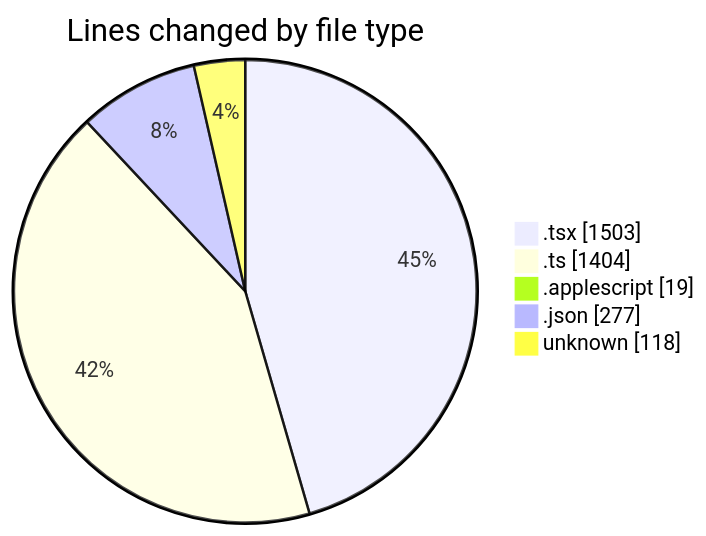
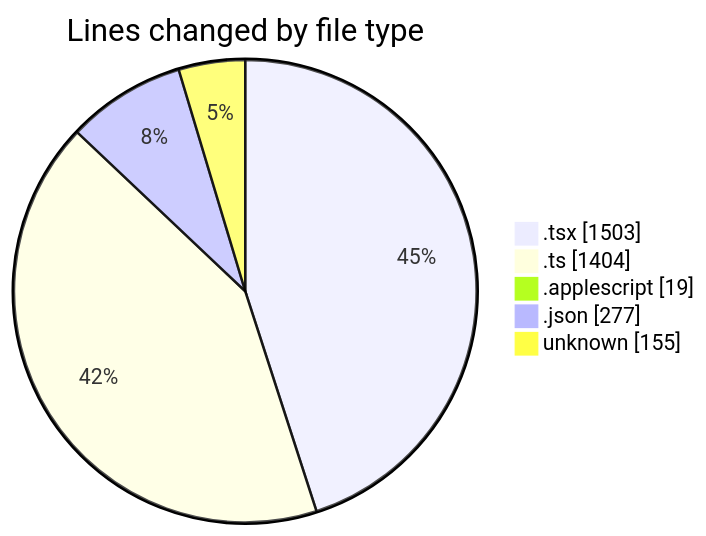
One commit to EIIisD/code-tracking changed the first of 2 diagrams in 2025-07-11/ribbon/README.md. Above: the diagram before and after it, drawn with Mermaid. The commit also changed other lines of this file and 1 other file, not shown here.

````diff
--- a/2025-07-11/ribbon/README.md
+++ b/2025-07-11/ribbon/README.md
@@ -37,9 +37,9 @@
 ```mermaid
 pie showData
 title Lines changed by file type
 ".tsx" : 1503
 ".ts" : 1404
 ".applescript" : 19
 ".json" : 277
-"unknown" : 118
+"unknown" : 155
 ```
````
